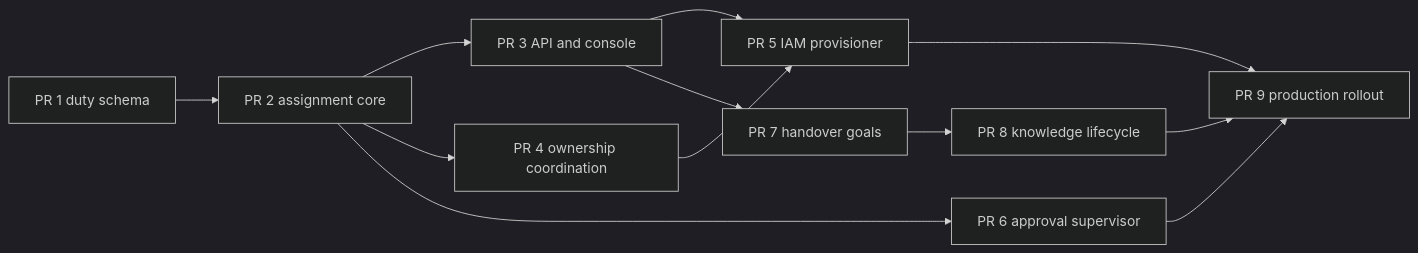
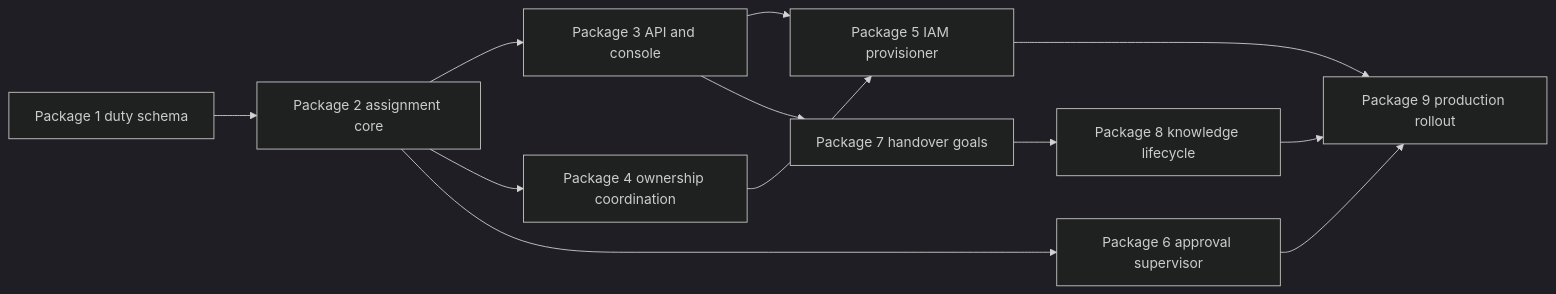
One commit to dotnetpower/fdai changed the diagram in docs/roadmap/interfaces/human-agent-assignment-implementation-plan.md. Above: the diagram before and after it, drawn with Mermaid (dark theme). The commit also changed other lines of this file and 22 other files, not shown here.

````diff
--- a/docs/roadmap/interfaces/human-agent-assignment-implementation-plan.md
+++ b/docs/roadmap/interfaces/human-agent-assignment-implementation-plan.md
@@ -27,14 +29,14 @@
 ```mermaid
 flowchart LR
-  P1[PR 1 duty schema] --> P2[PR 2 assignment core]
-  P2 --> P3[PR 3 API and console]
-  P2 --> P4[PR 4 ownership coordination]
-  P3 --> P5[PR 5 IAM provisioner]
+   P1[Package 1 duty schema] --> P2[Package 2 assignment core]
+   P2 --> P3[Package 3 API and console]
+   P2 --> P4[Package 4 ownership coordination]
+   P3 --> P5[Package 5 IAM provisioner]
   P4 --> P5
-  P2 --> P6[PR 6 approval supervisor]
-  P3 --> P7[PR 7 handover goals]
-  P7 --> P8[PR 8 knowledge lifecycle]
-  P5 --> P9[PR 9 production rollout]
+   P2 --> P6[Package 6 approval supervisor]
+   P3 --> P7[Package 7 handover goals]
+   P7 --> P8[Package 8 knowledge lifecycle]
+   P5 --> P9[Package 9 production rollout]
   P6 --> P9
   P8 --> P9
 ```
````
